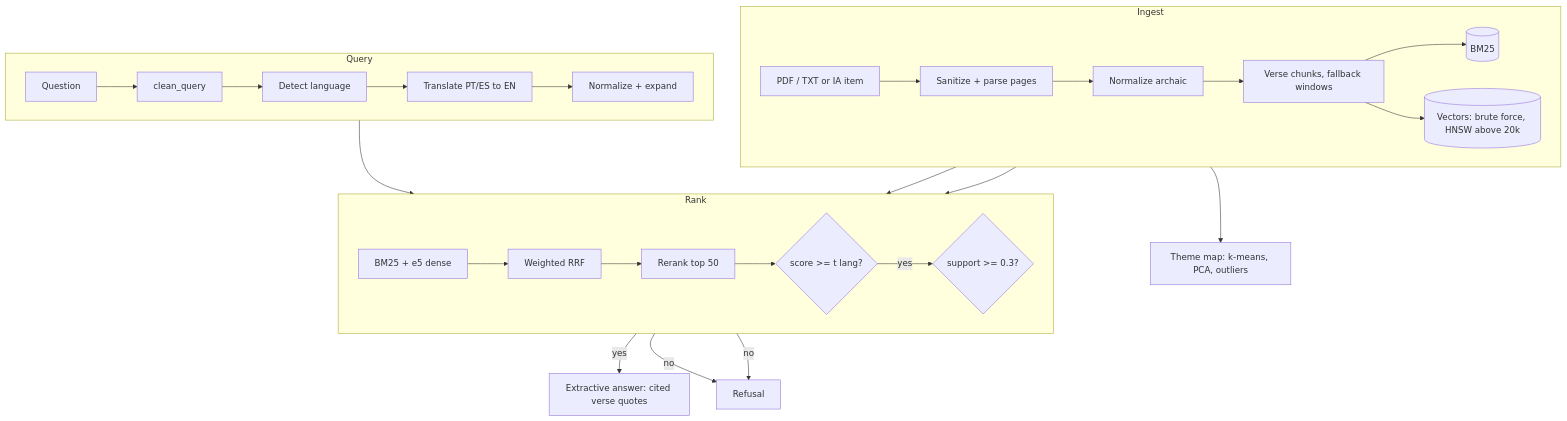
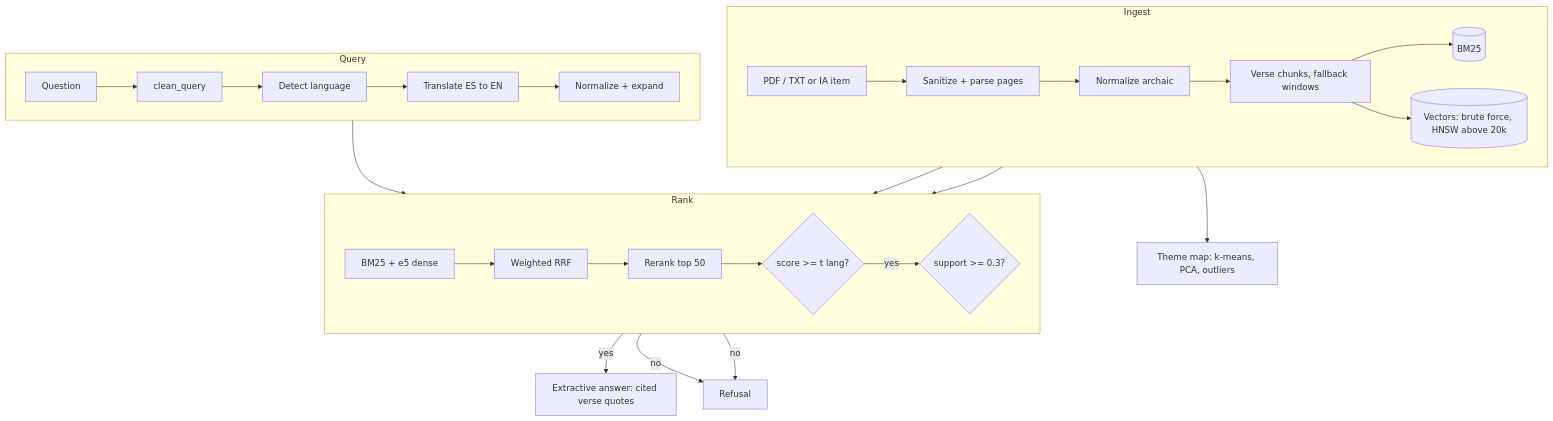
Before and after one commit to IgorCSIS/scripture-rag: the third of 9 diagrams in docs/ARCHITECTURE.md, drawn with Mermaid. The commit also changed other lines of this file and 6 other files, not shown here.

Commit message:
Launch languages are English and Spanish; Portuguese deferred in docs and diagrams

````diff
--- a/docs/ARCHITECTURE.md
+++ b/docs/ARCHITECTURE.md
@@ -40,24 +40,24 @@
 ```mermaid
 flowchart TB
   subgraph Ingest
     direction LR
     F[PDF / TXT or IA item] --> S[Sanitize + parse pages] --> N[Normalize archaic] --> CH[Verse chunks, fallback windows]
     CH --> BM[(BM25)]
     CH --> VS[(Vectors: brute force, HNSW above 20k)]
   end
   subgraph Query
     direction LR
-    Q[Question] --> CQ[clean_query] --> LD[Detect language] --> TR[Translate PT/ES to EN] --> EX[Normalize + expand]
+    Q[Question] --> CQ[clean_query] --> LD[Detect language] --> TR[Translate ES to EN] --> EX[Normalize + expand]
   end
   subgraph Rank
     direction LR
     H[BM25 + e5 dense] --> RRF[Weighted RRF] --> RR[Rerank top 50] --> G1{score >= t lang?} -- yes --> G2{support >= 0.3?}
   end
   EX --> H
   BM --> H
   VS --> H
   G2 -- yes --> ANS[Extractive answer: cited verse quotes]
   G1 -- no --> REF[Refusal]
   G2 -- no --> REF
   VS --> TM[Theme map: k-means, PCA, outliers]
 ```
````
